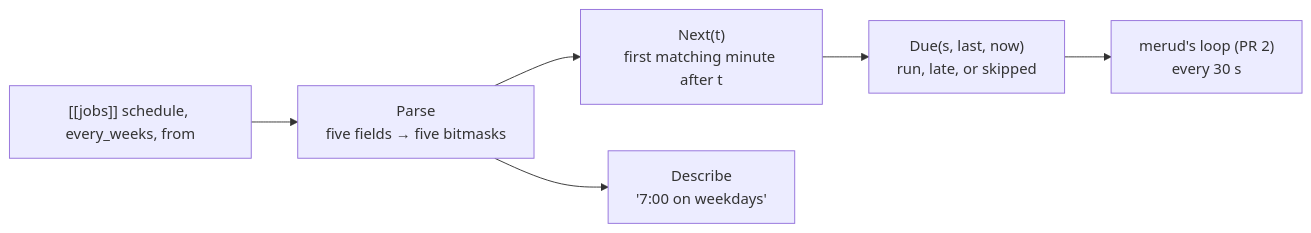
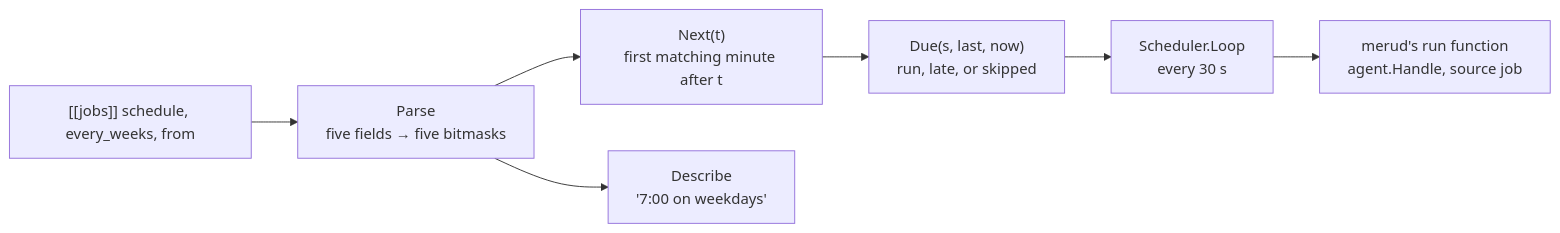
The diagram in docs/coding-notes/jobs.md (aarora79/meru), drawn with Mermaid before and after one commit. The commit also changed other lines of this file and 58 other files, not shown here.

First line of the commit message:
Run scheduled jobs in merud

````diff
--- a/docs/coding-notes/jobs.md
+++ b/docs/coding-notes/jobs.md
@@ -18,8 +19,9 @@
 ```mermaid
 flowchart LR
     cfg["[[jobs]] schedule, every_weeks, from"] --> parse["Parse<br/>five fields → five bitmasks"]
     parse --> next["Next(t)<br/>first matching minute after t"]
     parse --> words["Describe<br/>'7:00 on weekdays'"]
     next --> due["Due(s, last, now)<br/>run, late, or skipped"]
-    due --> loop["merud's loop (PR 2)<br/>every 30 s"]
+    due --> loop["Scheduler.Loop<br/>every 30 s"]
+    loop --> run["merud's run function<br/>agent.Handle, source job"]
 ```
````
